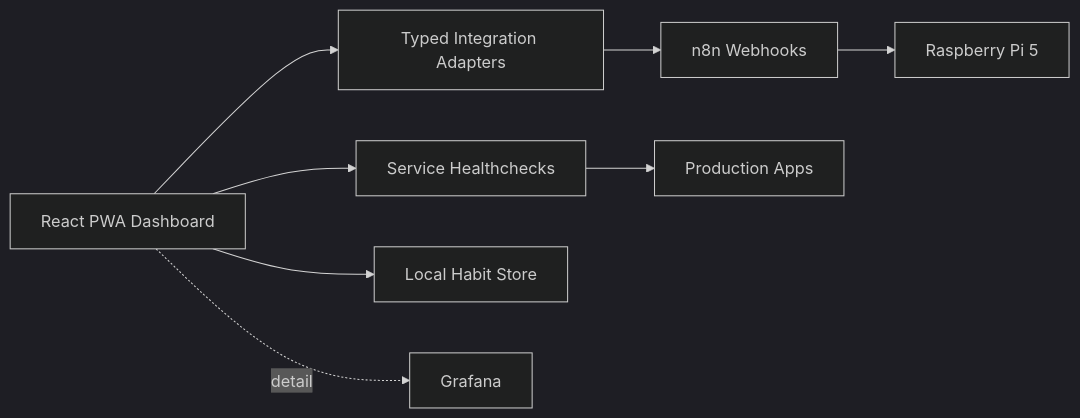
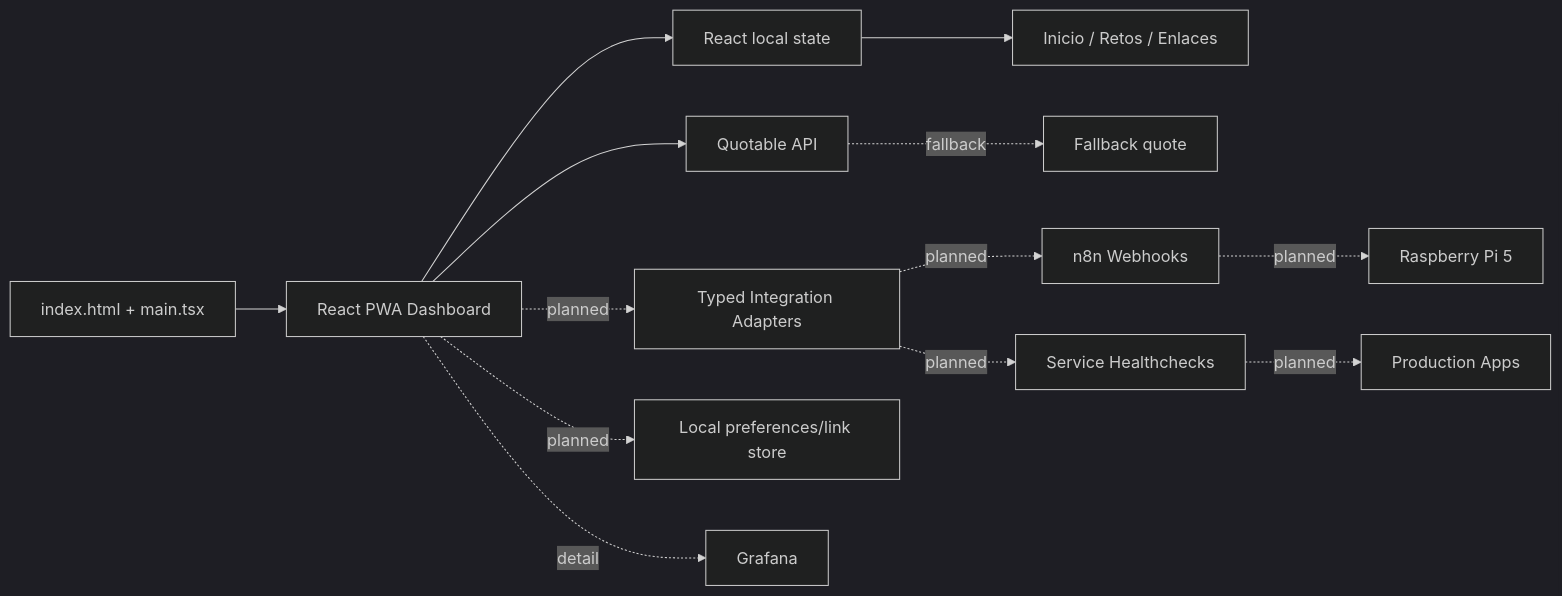
One commit to alonsomoros/alon-hub changed the diagram in docs/diagramas/architecture-diagrams.mmd. Above: the diagram before and after it, drawn with Mermaid (dark theme). The commit also changed 19 other files, not shown here.

First line of the commit message:
docs(diagrams): add architecture analysis and SVG maps (REQ-006)

```diff
--- a/docs/diagramas/architecture-diagrams.mmd
+++ b/docs/diagramas/architecture-diagrams.mmd
@@ -1,8 +1,13 @@
 flowchart LR
-  UI[React PWA Dashboard] --> AD[Typed Integration Adapters]
-  AD --> N8N[n8n Webhooks]
-  N8N --> PI[Raspberry Pi 5]
-  UI --> HC[Service Healthchecks]
-  HC --> APPS[Production Apps]
-  UI --> LOCAL[Local Habit Store]
+  BOOT[index.html + main.tsx] --> UI[React PWA Dashboard]
+  UI --> STATE[React local state]
+  STATE --> SCREENS[Inicio / Retos / Enlaces]
+  UI --> QUOTE[Quotable API]
+  QUOTE -. fallback .-> LOCAL[Fallback quote]
+  UI -. planned .-> AD[Typed Integration Adapters]
+  AD -. planned .-> N8N[n8n Webhooks]
+  N8N -. planned .-> PI[Raspberry Pi 5]
+  AD -. planned .-> HC[Service Healthchecks]
+  HC -. planned .-> APPS[Production Apps]
+  UI -. planned .-> LOCALSTORE[Local preferences/link store]
   UI -. detail .-> G[Grafana]
```
